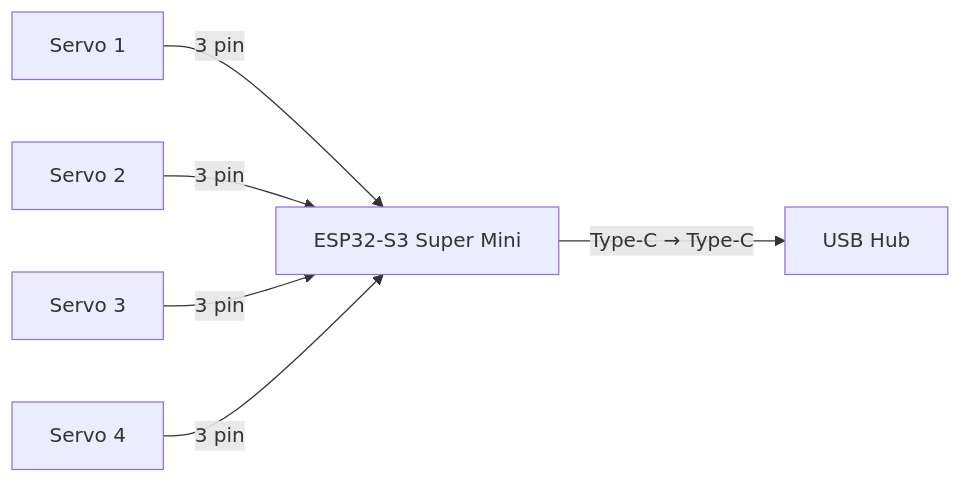
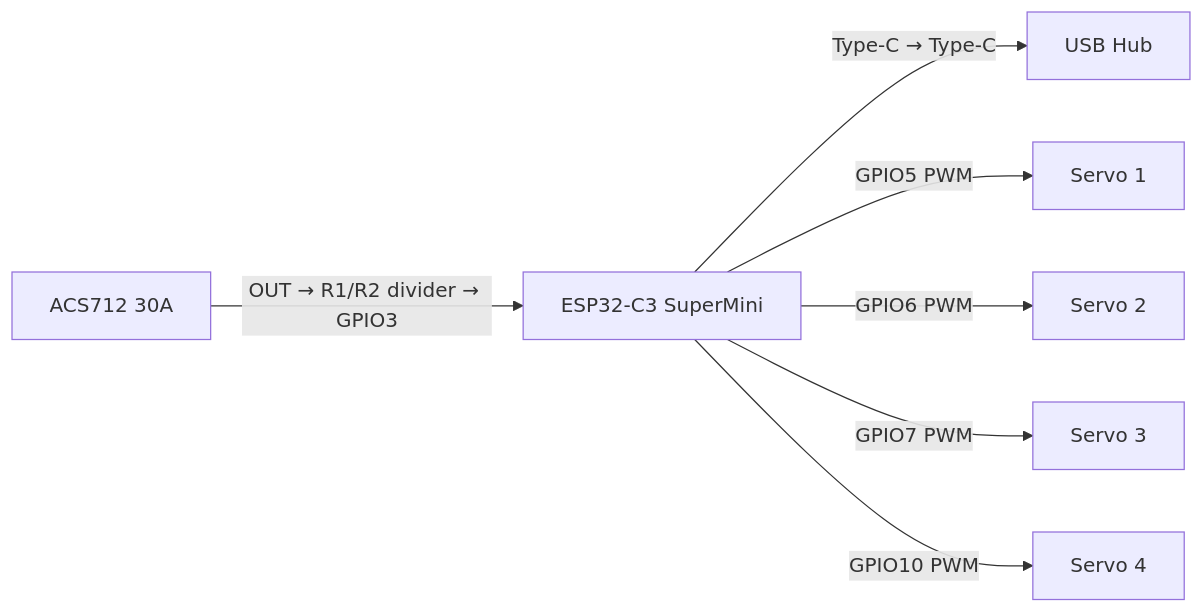
Before and after one commit to dark-neonus/Cleany_AI_Trash_Sorting_Robot: the third of 8 diagrams in electronics/ELECTRONICS.md, drawn with Mermaid. The commit also changed other lines of this file and 1 other file, not shown here.

Commit message:
feat: fix esp32 wrong model and add pinout

````diff
--- a/electronics/ELECTRONICS.md
+++ b/electronics/ELECTRONICS.md
@@ -77,8 +83,9 @@
 ```mermaid
 flowchart LR
-    ESP[ESP32-S3 Super Mini] -->|Type-C → Type-C| HUB[USB Hub]
-    D1[Servo 1] -->|3 pin| ESP
-    D2[Servo 2] -->|3 pin| ESP
-    D3[Servo 3] -->|3 pin| ESP
-    D4[Servo 4] -->|3 pin| ESP
+    ESP[ESP32-C3 SuperMini] -->|Type-C → Type-C| HUB[USB Hub]
+    ESP -->|GPIO5 PWM| D1[Servo 1]
+    ESP -->|GPIO6 PWM| D2[Servo 2]
+    ESP -->|GPIO7 PWM| D3[Servo 3]
+    ESP -->|GPIO10 PWM| D4[Servo 4]
+    ACS[ACS712 30A] -->|OUT → R1/R2 divider → GPIO3| ESP
 ```
````
